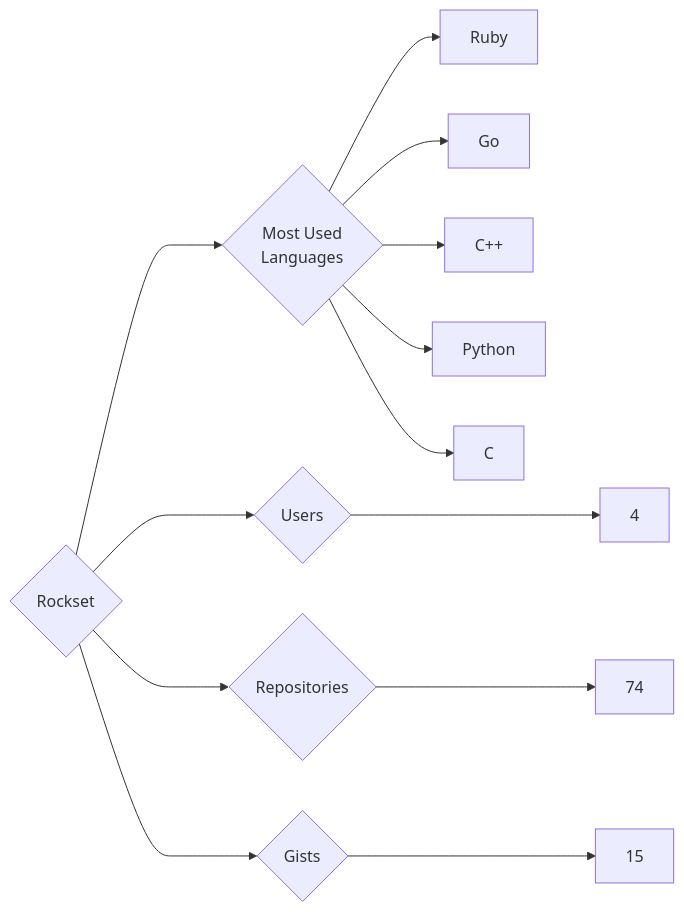
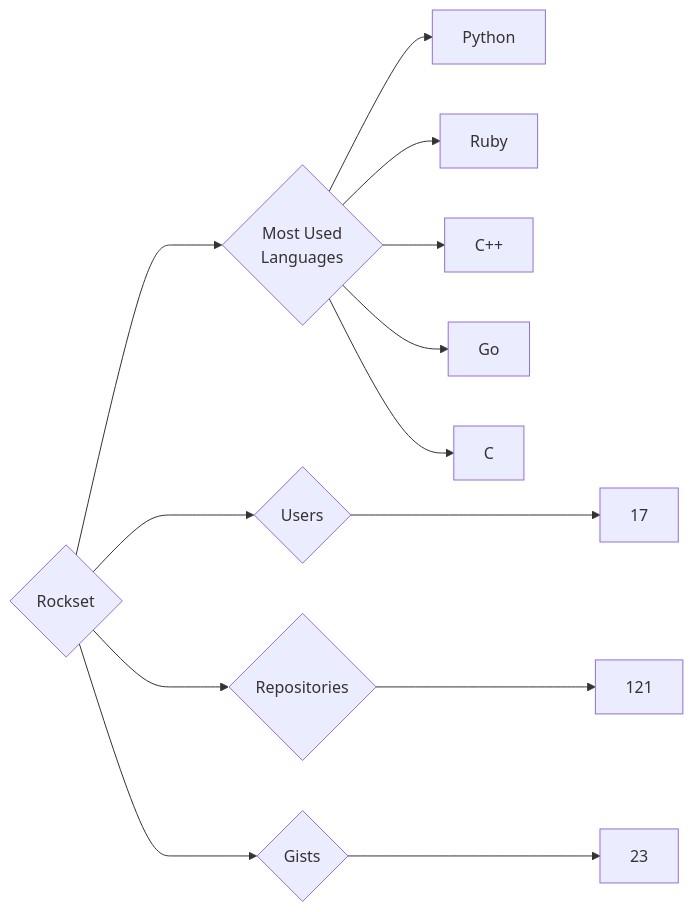
The diagram in targets/Rockset/README.md (trickest/insiders), drawn with Mermaid before and after one commit. The commit also changed 1696 other files, not shown here.

````diff
--- a/targets/Rockset/README.md
+++ b/targets/Rockset/README.md
@@ -3,13 +3,13 @@
 ```mermaid
 graph LR
 COMPANY_NAME{Rockset}
-COMPANY_NAME ---> U{Users} ---> UN[4]
-COMPANY_NAME ---> R{Repositories} ---> RN[74]
-COMPANY_NAME ---> G{Gists} ---> GN[15]
+COMPANY_NAME ---> U{Users} ---> UN[17]
+COMPANY_NAME ---> R{Repositories} ---> RN[121]
+COMPANY_NAME ---> G{Gists} ---> GN[23]
 COMPANY_NAME ---> ML{Most Used<br>Languages}
+ML --> Python[Python]
 ML --> Ruby[Ruby]
+ML --> C++[C++]
 ML --> Go[Go]
-ML --> C++[C++]
-ML --> Python[Python]
 ML --> C[C]
 ```
````
